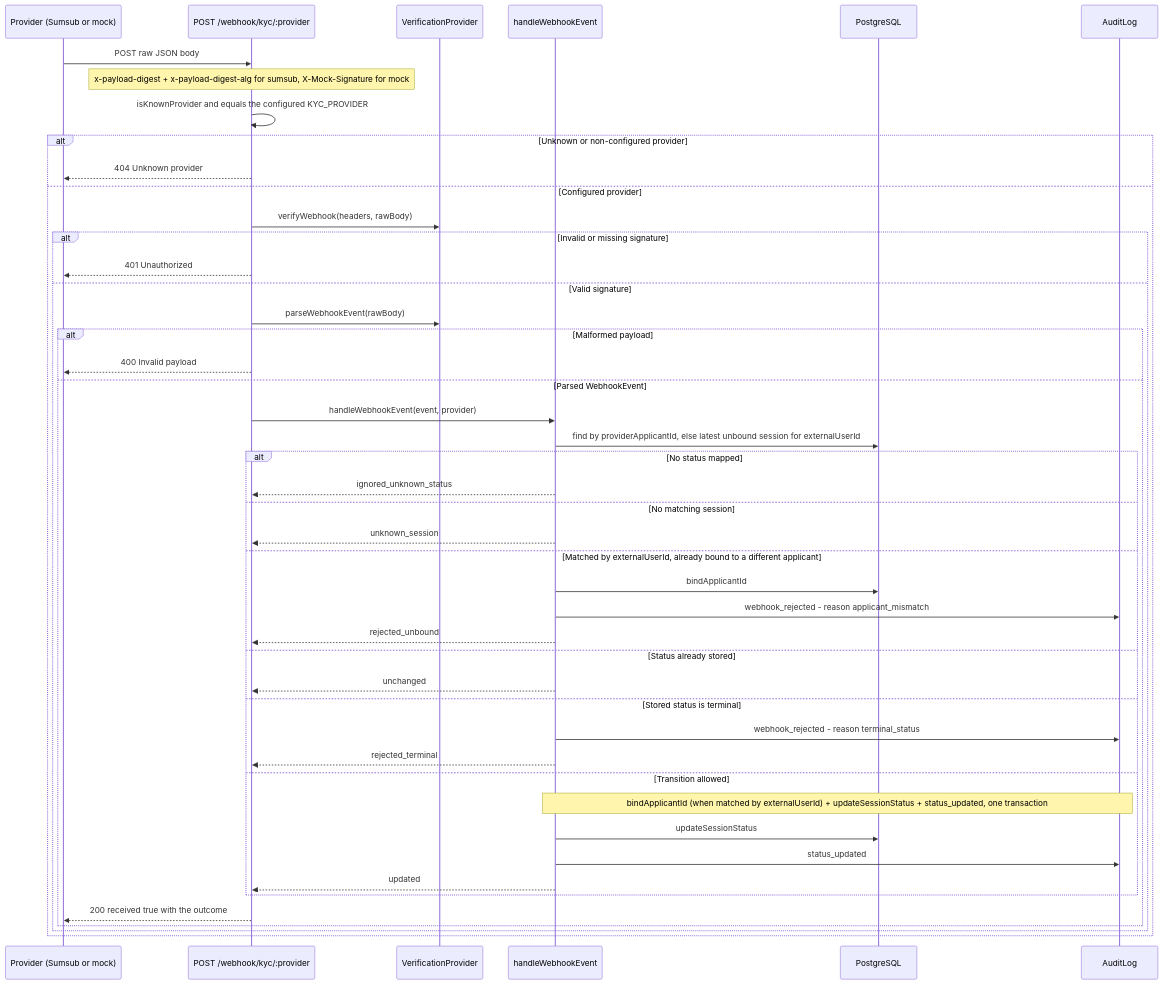
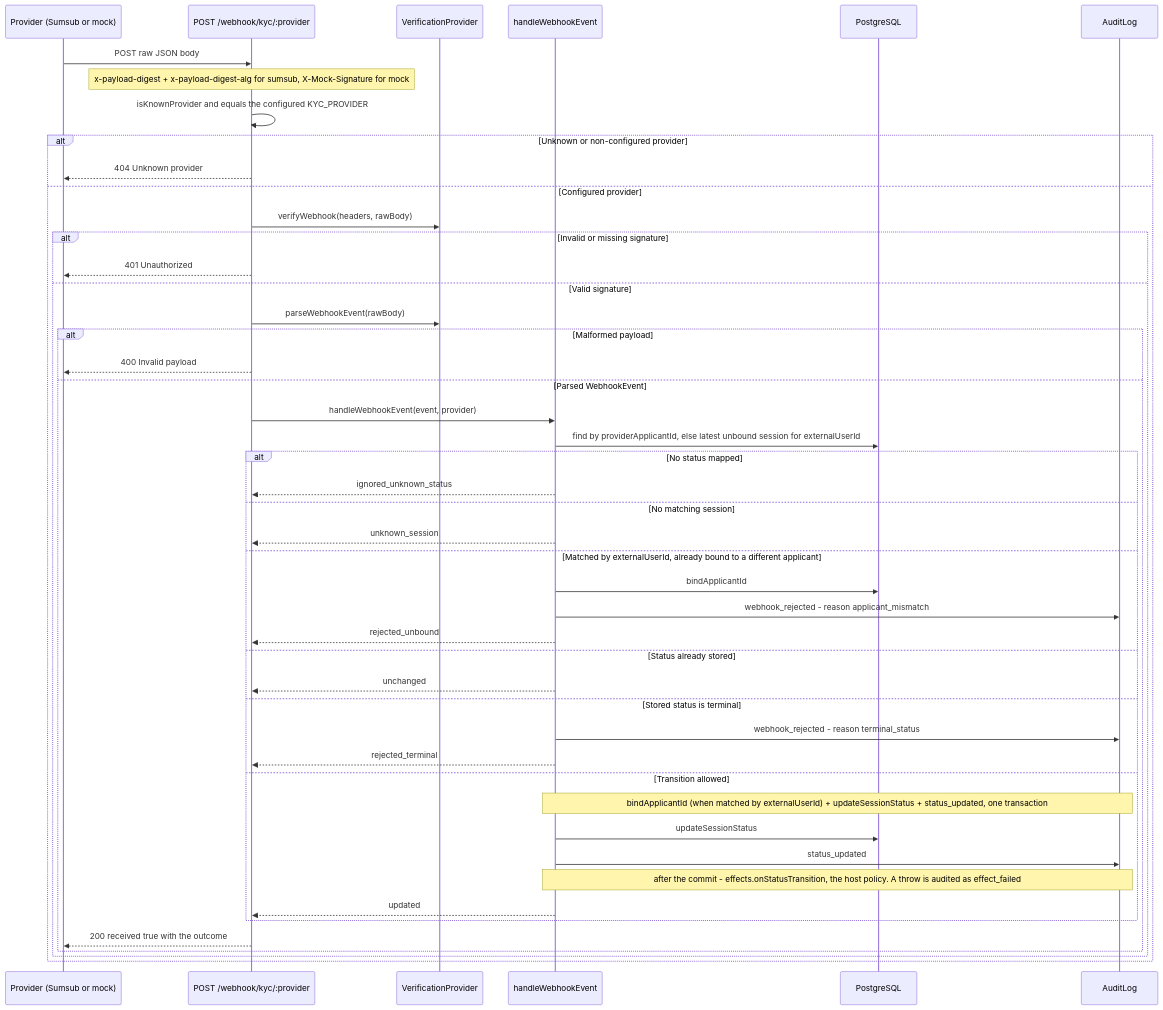
The diagram in docs/diagrams/src/webhook-flow.mmd (blinkbitcoin/kyc), drawn with Mermaid before and after one commit. The commit also changed 16 other files, not shown here.

First line of the commit message:
feat(node): effects.onStatusTransition, the host's policy on the single write path (#18)

```diff
--- a/docs/diagrams/src/webhook-flow.mmd
+++ b/docs/diagrams/src/webhook-flow.mmd
@@ -1,48 +1,49 @@
 sequenceDiagram
     participant PR as Provider (Sumsub or mock)
     participant WH as POST /webhook/kyc/:provider
     participant PV as VerificationProvider
     participant SM as handleWebhookEvent
     participant DB as PostgreSQL
     participant AL as AuditLog
 
     PR->>WH: POST raw JSON body
     Note over WH: x-payload-digest + x-payload-digest-alg for sumsub, X-Mock-Signature for mock
 
     WH->>WH: isKnownProvider and equals the configured KYC_PROVIDER
     alt Unknown or non-configured provider
         WH-->>PR: 404 Unknown provider
     else Configured provider
         WH->>PV: verifyWebhook(headers, rawBody)
         alt Invalid or missing signature
             WH-->>PR: 401 Unauthorized
         else Valid signature
             WH->>PV: parseWebhookEvent(rawBody)
             alt Malformed payload
                 WH-->>PR: 400 Invalid payload
             else Parsed WebhookEvent
                 WH->>SM: handleWebhookEvent(event, provider)
                 SM->>DB: find by providerApplicantId, else latest unbound session for externalUserId
                 alt No status mapped
                     SM-->>WH: ignored_unknown_status
                 else No matching session
                     SM-->>WH: unknown_session
                 else Matched by externalUserId, already bound to a different applicant
                     SM->>DB: bindApplicantId
                     SM->>AL: webhook_rejected - reason applicant_mismatch
                     SM-->>WH: rejected_unbound
                 else Status already stored
                     SM-->>WH: unchanged
                 else Stored status is terminal
                     SM->>AL: webhook_rejected - reason terminal_status
                     SM-->>WH: rejected_terminal
                 else Transition allowed
                     Note over SM,AL: bindApplicantId (when matched by externalUserId) + updateSessionStatus + status_updated, one transaction
                     SM->>DB: updateSessionStatus
                     SM->>AL: status_updated
+                    Note over SM,AL: after the commit - effects.onStatusTransition, the host policy. A throw is audited as effect_failed
                     SM-->>WH: updated
                 end
                 WH-->>PR: 200 received true with the outcome
             end
         end
     end
```
